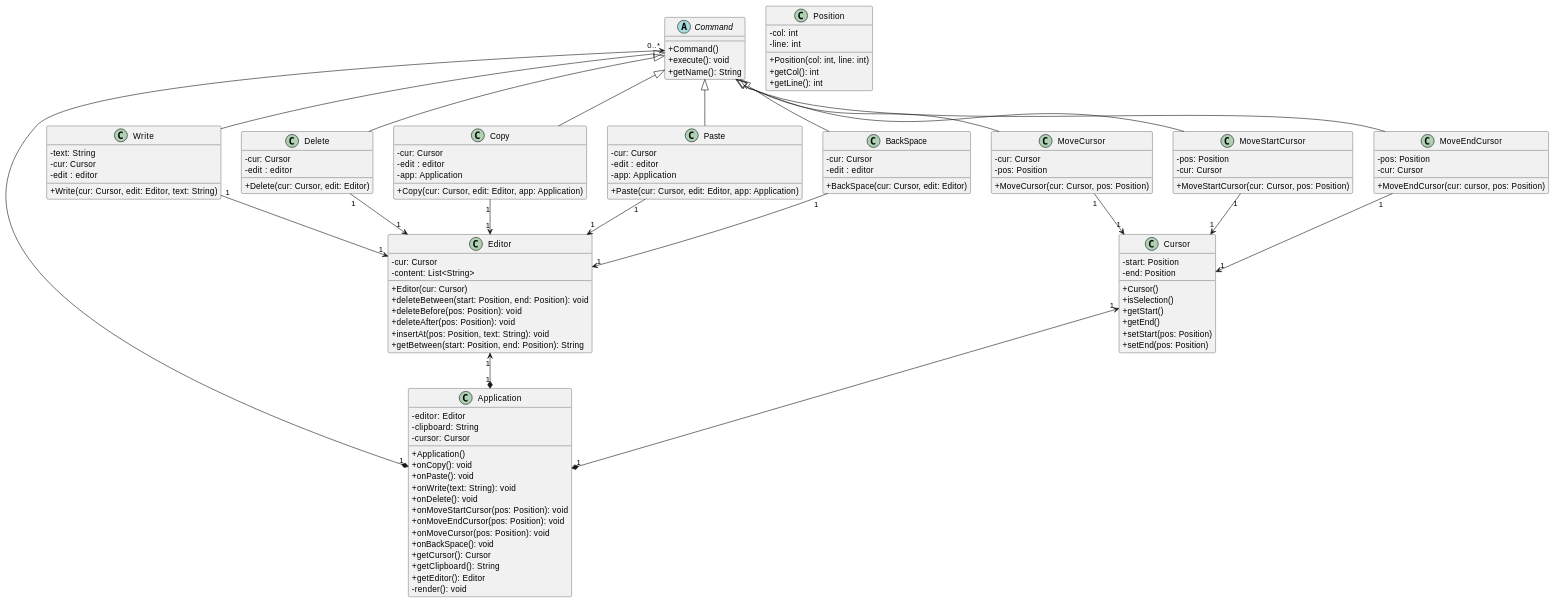
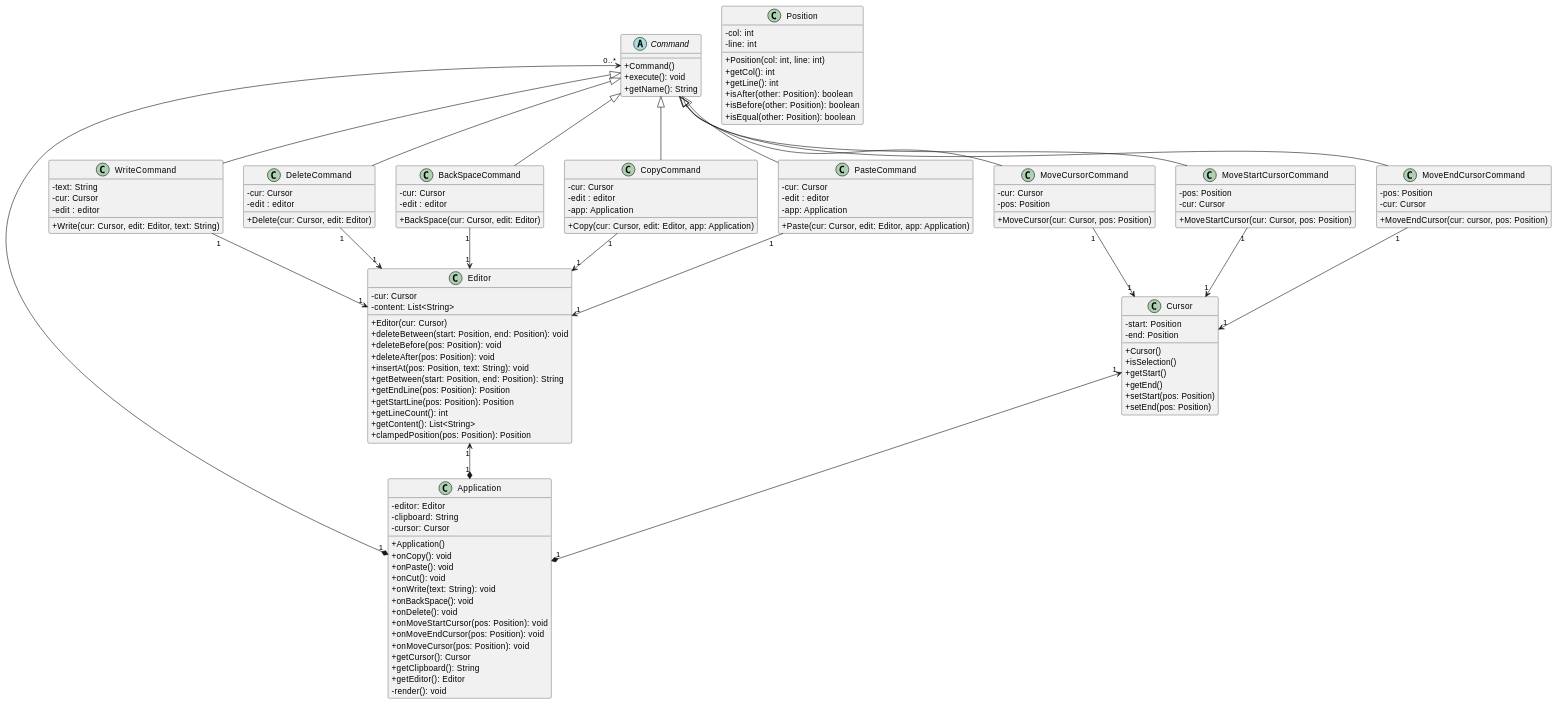
One commit to CodyAdam/another-useless-text-editor changed the first of 6 diagrams in README.md. Above: the diagram before and after it, drawn with PlantUML. The commit also changed other lines of this file and 2 other files, not shown here.

Commit message:
feat: v1 finished

````diff
--- a/README.md
+++ b/README.md
@@ -37,6 +37,27 @@
 ```plantuml
 @startuml
 skinparam classAttributeIconSize 0
+
+    class Application{
+        -editor: Editor
+        -clipboard: String
+        -cursor: Cursor
+        +Application()
+        +onCopy(): void
+        +onPaste(): void
+        +onCut(): void
+        +onWrite(text: String): void
+        +onBackSpace(): void
+        +onDelete(): void
+        +onMoveStartCursor(pos: Position): void
+        +onMoveEndCursor(pos: Position): void
+        +onMoveCursor(pos: Position): void
+        +getCursor(): Cursor
+        +getClipboard(): String
+        +getEditor(): Editor
+        -render(): void
+    }
+
     class Editor {
         -cur: Cursor
         -content: List<String>
@@ -46,25 +67,11 @@
         +deleteAfter(pos: Position): void
         +insertAt(pos: Position, text: String): void
         +getBetween(start: Position, end: Position): String
-    }
-
-    class Application{
-        -editor: Editor
-        -clipboard: String
-        -cursor: Cursor
-        +Application()
-        +onCopy(): void
-        +onPaste(): void
-        +onWrite(text: String): void
-        +onDelete(): void
-        +onMoveStartCursor(pos: Position): void
-        +onMoveEndCursor(pos: Position): void
-        +onMoveCursor(pos: Position): void
-        +onBackSpace(): void
-        +getCursor(): Cursor
-        +getClipboard(): String
-        +getEditor(): Editor
-        -render(): void
+        +getEndLine(pos: Position): Position
+        +getStartLine(pos: Position): Position
+        +getLineCount(): int
+        +getContent(): List<String>
+        +clampedPosition(pos: Position): Position
     }
 
     Abstract Command{
@@ -84,61 +91,63 @@
         +setEnd(pos: Position)
     }
     
-    
     class Position{
         -col: int
         -line: int
         +Position(col: int, line: int)
         +getCol(): int
         +getLine(): int
+        +isAfter(other: Position): boolean
+        +isBefore(other: Position): boolean
+        +isEqual(other: Position): boolean
     }
 
-    class Write {
+    class WriteCommand {
         -text: String
         -cur: Cursor
         -edit : editor
         +Write(cur: Cursor, edit: Editor, text: String)
     }
 
-    class Delete {
+    class DeleteCommand {
         -cur: Cursor
         -edit : editor
         +Delete(cur: Cursor, edit: Editor)
     }
 
-    class Copy {
+    class BackSpaceCommand {
+        -cur: Cursor
+        -edit : editor
+        +BackSpace(cur: Cursor, edit: Editor)
+    }
+
+    class CopyCommand {
         -cur: Cursor
         -edit : editor
         -app: Application
         +Copy(cur: Cursor, edit: Editor, app: Application)
     }
 
-    class Paste {
+    class PasteCommand {
         -cur: Cursor
         -edit : editor
         -app: Application
         +Paste(cur: Cursor, edit: Editor, app: Application)
     }
 
-    class MoveCursor {
+    class MoveCursorCommand {
         -cur: Cursor
         -pos: Position
         +MoveCursor(cur: Cursor, pos: Position)
     }
 
-    class BackSpace {
-        -cur: Cursor
-        -edit : editor
-        +BackSpace(cur: Cursor, edit: Editor)
-    }
-
-    class MoveStartCursor {
+    class MoveStartCursorCommand {
         -pos: Position
         -cur: Cursor
         +MoveStartCursor(cur: Cursor, pos: Position)
     }
 
-    class MoveEndCursor {
+    class MoveEndCursorCommand {
         -pos: Position
         -cur: Cursor
         +MoveEndCursor(cur: cursor, pos: Position)
@@ -147,27 +156,27 @@
 
     Cursor "1" <--* "1" Application
     
-    Command <|-- Paste 
-    Command <|-- Write 
-    Command <|-- Copy 
-    Command <|-- MoveStartCursor 
-    Command <|-- MoveEndCursor 
-    Command <|-- Delete
-    Command <|-- BackSpace
-    Command <|-- MoveCursor
+    Command <|-- PasteCommand 
+    Command <|-- WriteCommand 
+    Command <|-- CopyCommand 
+    Command <|-- MoveStartCursorCommand 
+    Command <|-- MoveEndCursorCommand 
+    Command <|-- DeleteCommand
+    Command <|-- BackSpaceCommand
+    Command <|-- MoveCursorCommand
 
 
     Editor "1" <--* "1" Application
     Command "0..*" <--* "1" Application
 
-    Paste "1" --> "1" Editor
-    Write "1" --> "1"Editor
-    Copy "1" --> "1" Editor
-    MoveStartCursor"1" --> "1" Cursor
-    MoveEndCursor "1" --> "1" Cursor 
-    Delete "1" --> "1" Editor
-    BackSpace "1" --> "1" Editor
-    MoveCursor "1" --> "1" Cursor
+    PasteCommand "1" --> "1" Editor
+    WriteCommand "1" --> "1"Editor
+    CopyCommand "1" --> "1" Editor
+    MoveStartCursorCommand"1" --> "1" Cursor
+    MoveEndCursorCommand "1" --> "1" Cursor 
+    DeleteCommand "1" --> "1" Editor
+    BackSpaceCommand "1" --> "1" Editor
+    MoveCursorCommand "1" --> "1" Cursor
 
 @enduml
 ``` 
````
